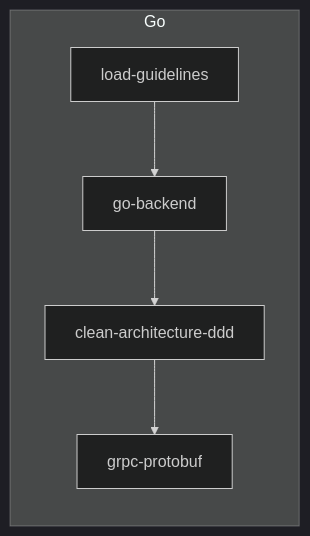
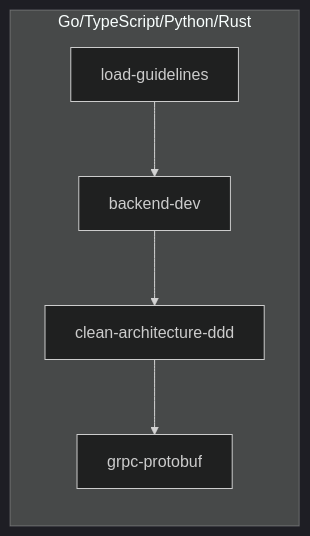
One commit to DaichiHoshina/ai-tools changed the second of 6 diagrams in claude-code/references/SKILLS-DEPENDENCY-GRAPH.md. Above: the diagram before and after it, drawn with Mermaid (dark theme). The commit also changed other lines of this file and 16 other files, not shown here.

````diff
--- a/claude-code/references/SKILLS-DEPENDENCY-GRAPH.md
+++ b/claude-code/references/SKILLS-DEPENDENCY-GRAPH.md
@@ -84,11 +76,11 @@
 ```mermaid
 flowchart LR
-    subgraph "Go"
-        GO_LG[load-guidelines]
-        GO_BE[go-backend]
-        GO_CA[clean-architecture-ddd]
-        GO_GRPC[grpc-protobuf]
+    subgraph "Go/TypeScript/Python/Rust"
+        LG[load-guidelines]
+        BE[backend-dev]
+        CA[clean-architecture-ddd]
+        GRPC[grpc-protobuf]
     end
 
-    GO_LG --> GO_BE --> GO_CA --> GO_GRPC
+    LG --> BE --> CA --> GRPC
 ```
````
